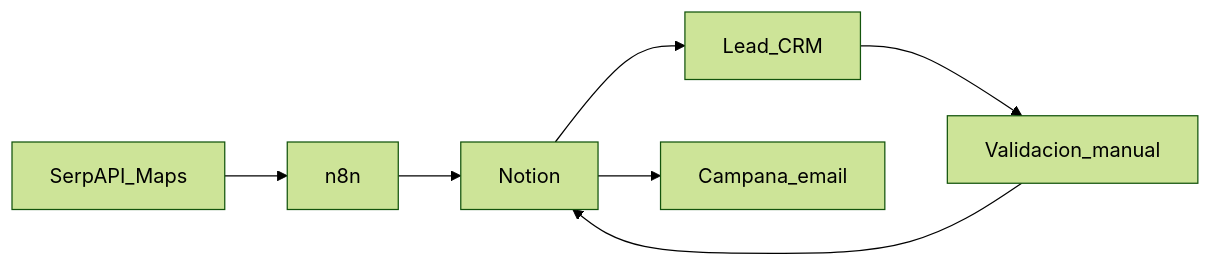
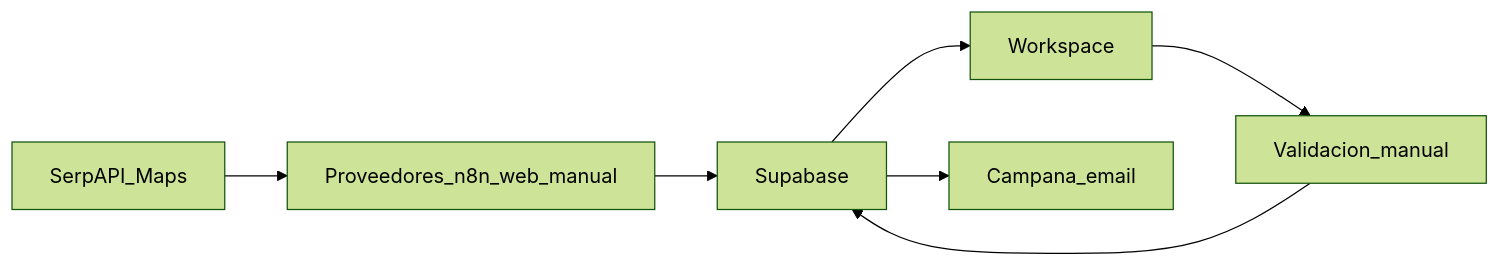
The diagram in docs/product/CONTEXTO_NEGOCIO.md (GallaGit/GallaDev_workspace), drawn with Mermaid (forest theme) before and after one commit. The commit also changed other lines of this file and 13 other files, not shown here.

````diff
--- a/docs/product/CONTEXTO_NEGOCIO.md
+++ b/docs/product/CONTEXTO_NEGOCIO.md
@@ -99,9 +99,9 @@
 ```mermaid
 flowchart LR
-  Discovery[SerpAPI_Maps] --> Orchestration[n8n]
-  Orchestration --> SourceOfTruth[Notion]
-  SourceOfTruth --> Dashboard[Lead_CRM]
+  Discovery[SerpAPI_Maps] --> Providers[Proveedores_n8n_web_manual]
+  Providers --> SourceOfTruth[Supabase]
+  SourceOfTruth --> Dashboard[Workspace]
   Dashboard --> Qualification[Validacion_manual]
   Qualification --> SourceOfTruth
   SourceOfTruth --> Outreach[Campana_email]
 ```
````
